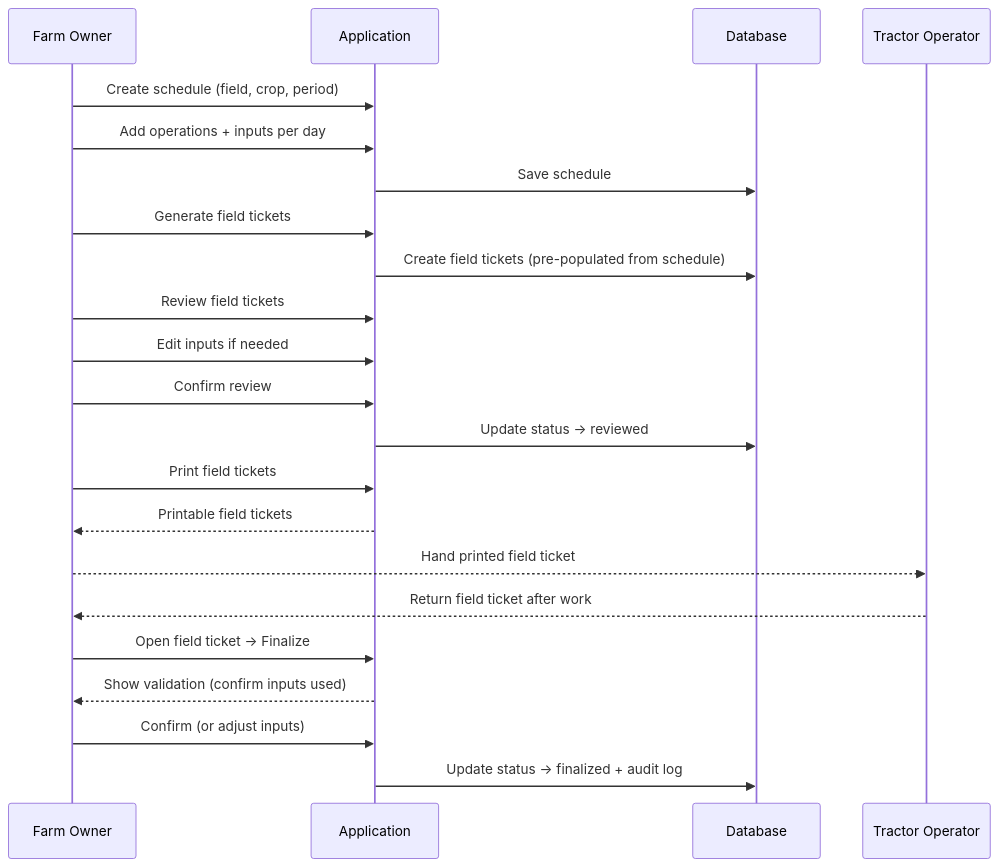
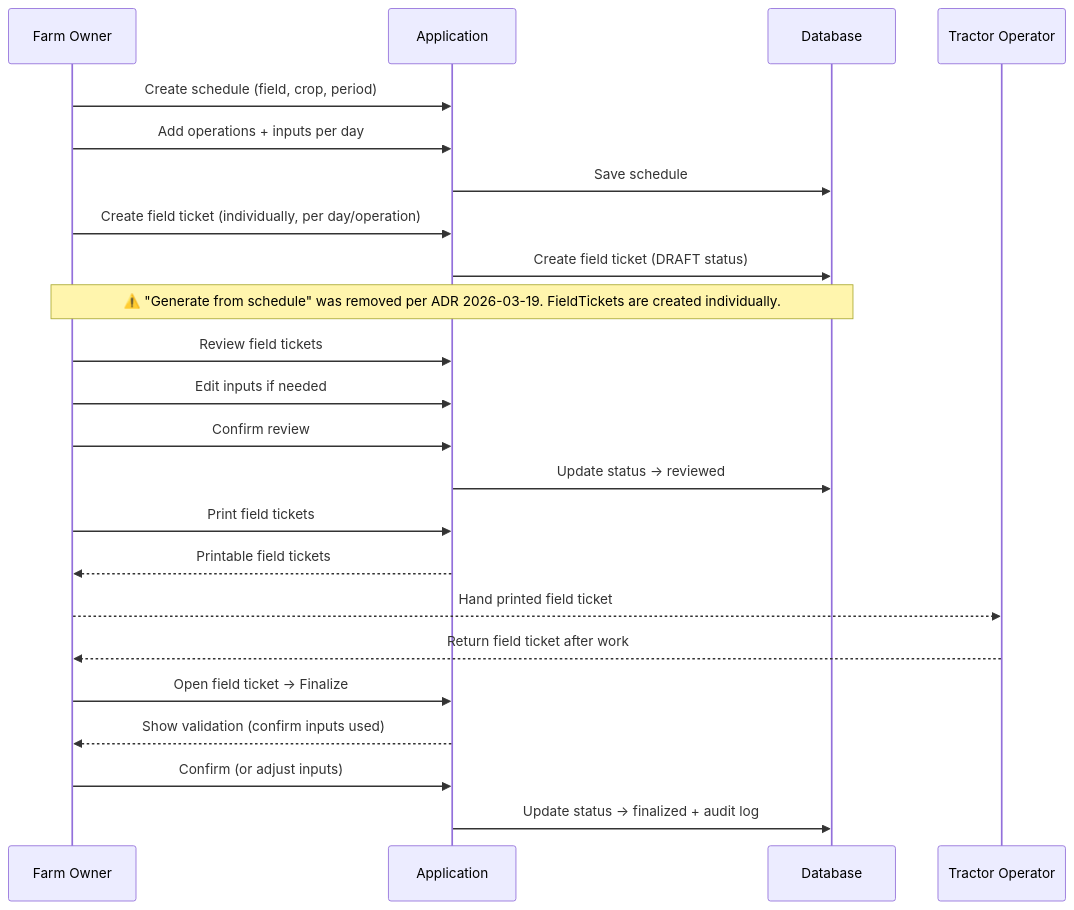
The diagram in flows/field-ticket.md (fellipefreiire/farm-app-docs), drawn with Mermaid before and after one commit. The commit also changed 66 other files, not shown here.

````diff
--- a/flows/field-ticket.md
+++ b/flows/field-ticket.md
@@ -73,30 +73,31 @@
 ```mermaid
 sequenceDiagram
   participant Owner as Farm Owner
   participant App as Application
   participant DB as Database
   participant Operator as Tractor Operator
 
   Owner->>App: Create schedule (field, crop, period)
   Owner->>App: Add operations + inputs per day
   App->>DB: Save schedule
 
-  Owner->>App: Generate field tickets
-  App->>DB: Create field tickets (pre-populated from schedule)
+  Owner->>App: Create field ticket (individually, per day/operation)
+  App->>DB: Create field ticket (DRAFT status)
+  Note over Owner,DB: ⚠️ "Generate from schedule" was removed per ADR 2026-03-19. FieldTickets are created individually.
 
   Owner->>App: Review field tickets
   Owner->>App: Edit inputs if needed
   Owner->>App: Confirm review
   App->>DB: Update status → reviewed
 
   Owner->>App: Print field tickets
   App-->>Owner: Printable field tickets
   Owner-->>Operator: Hand printed field ticket
 
   Operator-->>Owner: Return field ticket after work
 
   Owner->>App: Open field ticket → Finalize
   App-->>Owner: Show validation (confirm inputs used)
   Owner->>App: Confirm (or adjust inputs)
   App->>DB: Update status → finalized + audit log
 ```
````
